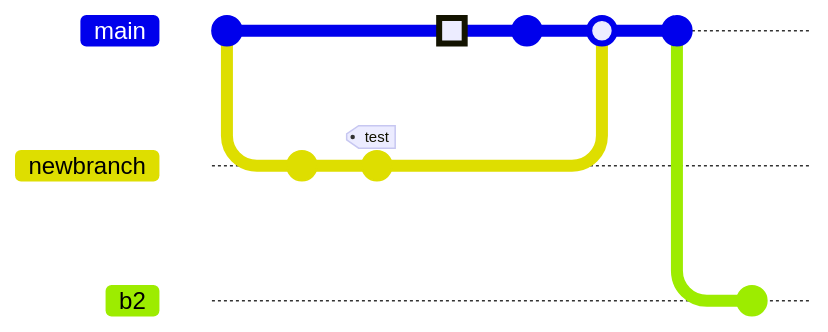
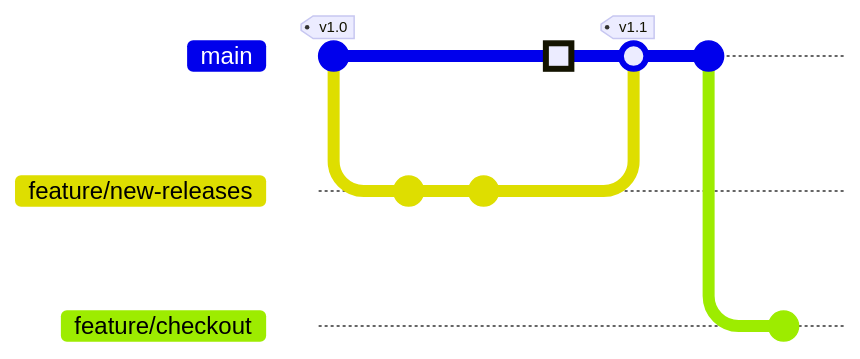
Before and after one commit to chronick/mermaid-diagram-editor: the diagram in public/examples/git-commit-flow.mermaid, drawn with Mermaid. The commit also changed 16 other files, not shown here. Commit ids are hidden.

```diff
--- a/public/examples/git-commit-flow.mermaid
+++ b/public/examples/git-commit-flow.mermaid
@@ -1,13 +1,13 @@
 gitGraph:
-    commit "Ashish"
-    branch newbranch
-    checkout newbranch
-    commit id:"1111"
-    commit tag:"test"
+    commit id:"init" tag:"v1.0"
+    branch feature/new-releases
+    checkout feature/new-releases
+    commit id:"design"
+    commit id:"frontend"
     checkout main
-    commit type: HIGHLIGHT
-    commit
-    merge newbranch
-    commit
-    branch b2
-    commit 
+    commit id:"hotfix" type:HIGHLIGHT
+    merge feature/new-releases tag:"v1.1"
+    commit id:"analytics"
+    branch feature/checkout
+    checkout feature/checkout
+    commit id:"payment" 
```
